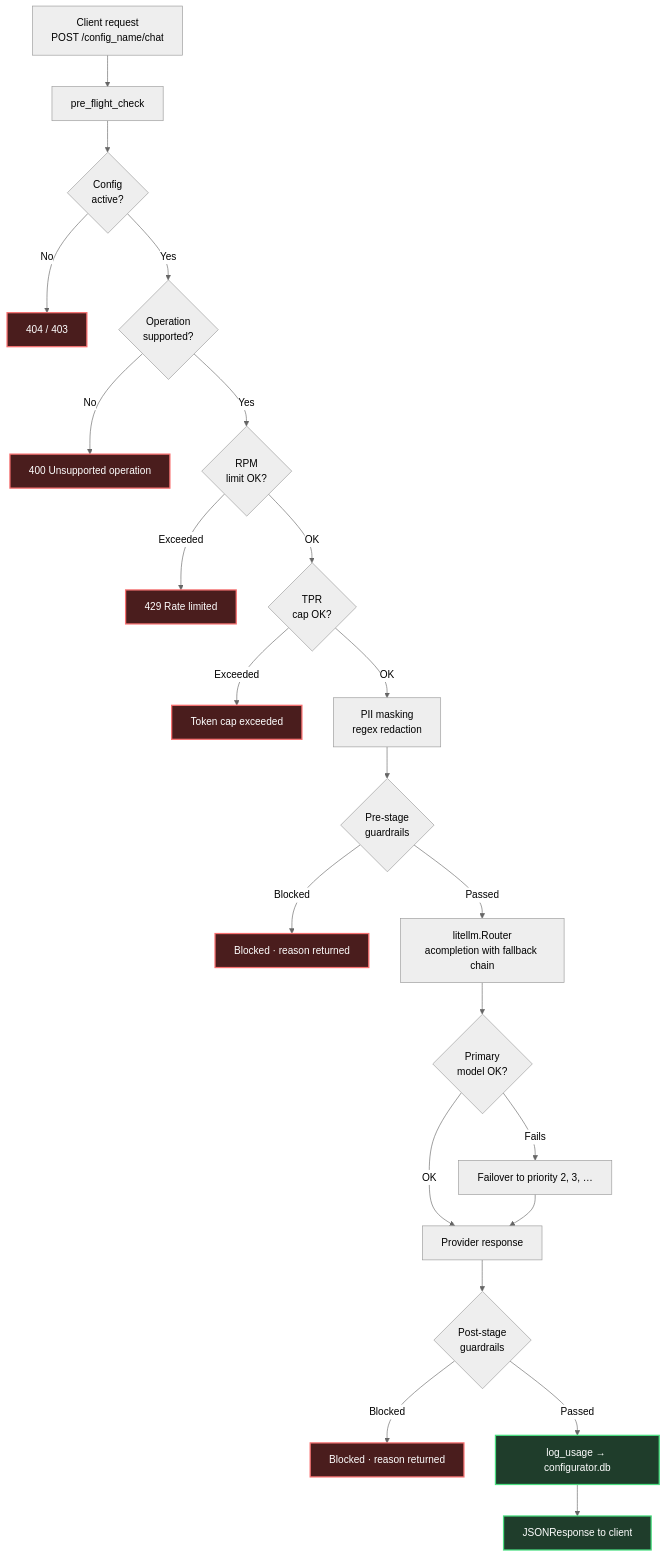
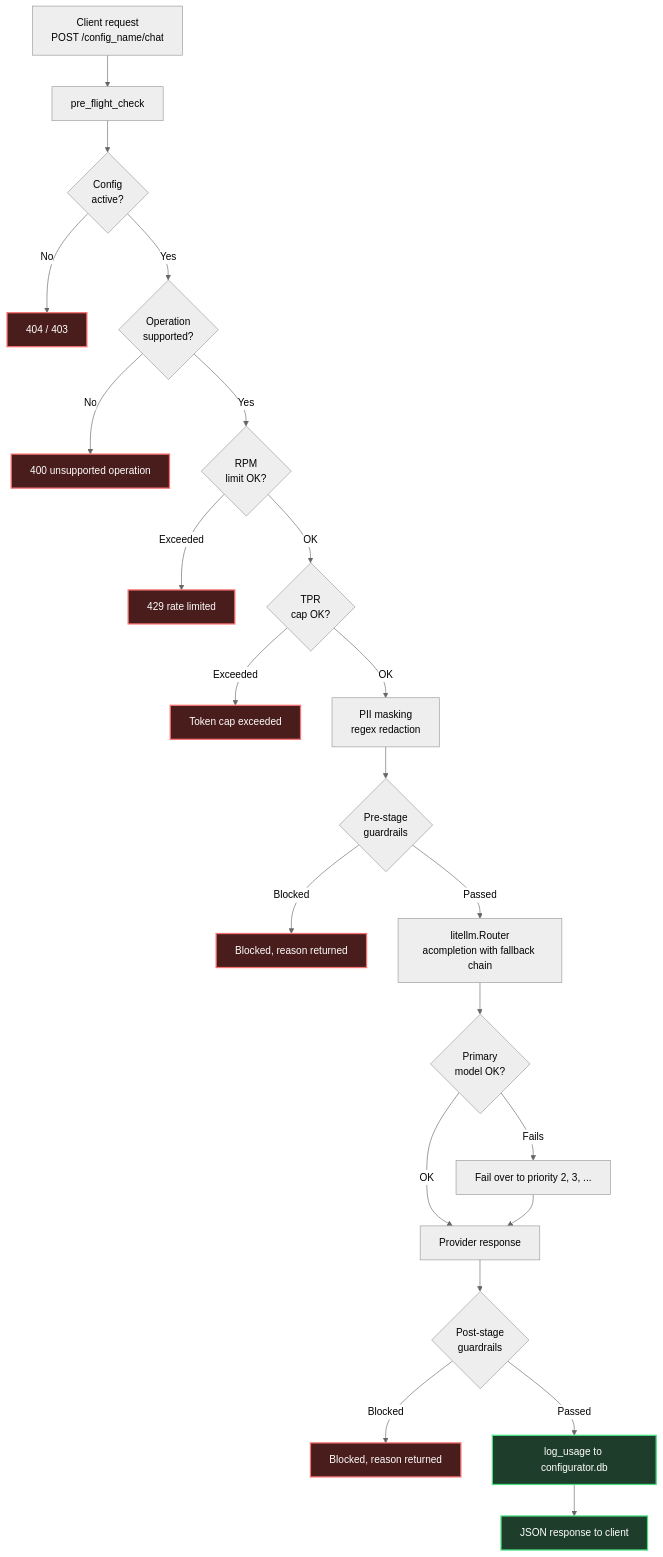
Before and after one commit to sushant-mishra-dtu/coworkAI: the third of 4 diagrams in README.md, drawn with Mermaid (neutral theme). The commit also changed other lines of this file and 2 other files, not shown here.

````diff
--- a/README.md
+++ b/README.md
@@ -139,29 +141,29 @@
 ```mermaid
 flowchart TD
     A["Client request<br/>POST /config_name/chat"] --> B["pre_flight_check"]
     B --> C{"Config<br/>active?"}
     C -->|"No"| X1["404 / 403"]
     C -->|"Yes"| D{"Operation<br/>supported?"}
-    D -->|"No"| X2["400 Unsupported operation"]
+    D -->|"No"| X2["400 unsupported operation"]
     D -->|"Yes"| E{"RPM<br/>limit OK?"}
-    E -->|"Exceeded"| X3["429 Rate limited"]
+    E -->|"Exceeded"| X3["429 rate limited"]
     E -->|"OK"| F{"TPR<br/>cap OK?"}
     F -->|"Exceeded"| X4["Token cap exceeded"]
     F -->|"OK"| G["PII masking<br/>regex redaction"]
     G --> H{"Pre-stage<br/>guardrails"}
-    H -->|"Blocked"| X5["Blocked · reason returned"]
+    H -->|"Blocked"| X5["Blocked, reason returned"]
     H -->|"Passed"| I["litellm.Router<br/>acompletion with fallback chain"]
     I --> J{"Primary<br/>model OK?"}
-    J -->|"Fails"| J1["Failover to priority 2, 3, …"]
+    J -->|"Fails"| J1["Fail over to priority 2, 3, ..."]
     J -->|"OK"| K["Provider response"]
     J1 --> K
     K --> L{"Post-stage<br/>guardrails"}
-    L -->|"Blocked"| X6["Blocked · reason returned"]
-    L -->|"Passed"| M["log_usage → configurator.db"]
-    M --> N["JSONResponse to client"]
+    L -->|"Blocked"| X6["Blocked, reason returned"]
+    L -->|"Passed"| M["log_usage to configurator.db"]
+    M --> N["JSON response to client"]
 
     classDef err fill:#4a1d1d,stroke:#f87171,stroke-width:2px,color:#fff
     classDef ok fill:#1f3d2b,stroke:#4ade80,stroke-width:2px,color:#fff
     class X1,X2,X3,X4,X5,X6 err
     class M,N ok
 ```
````
